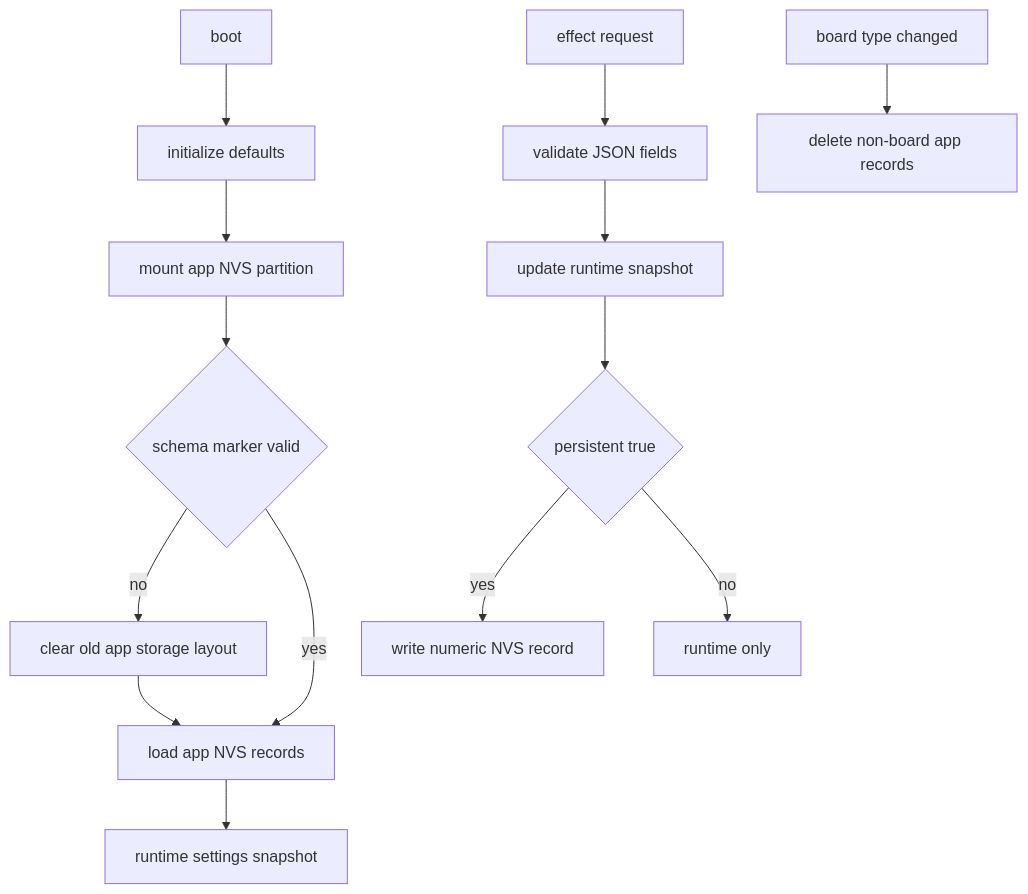
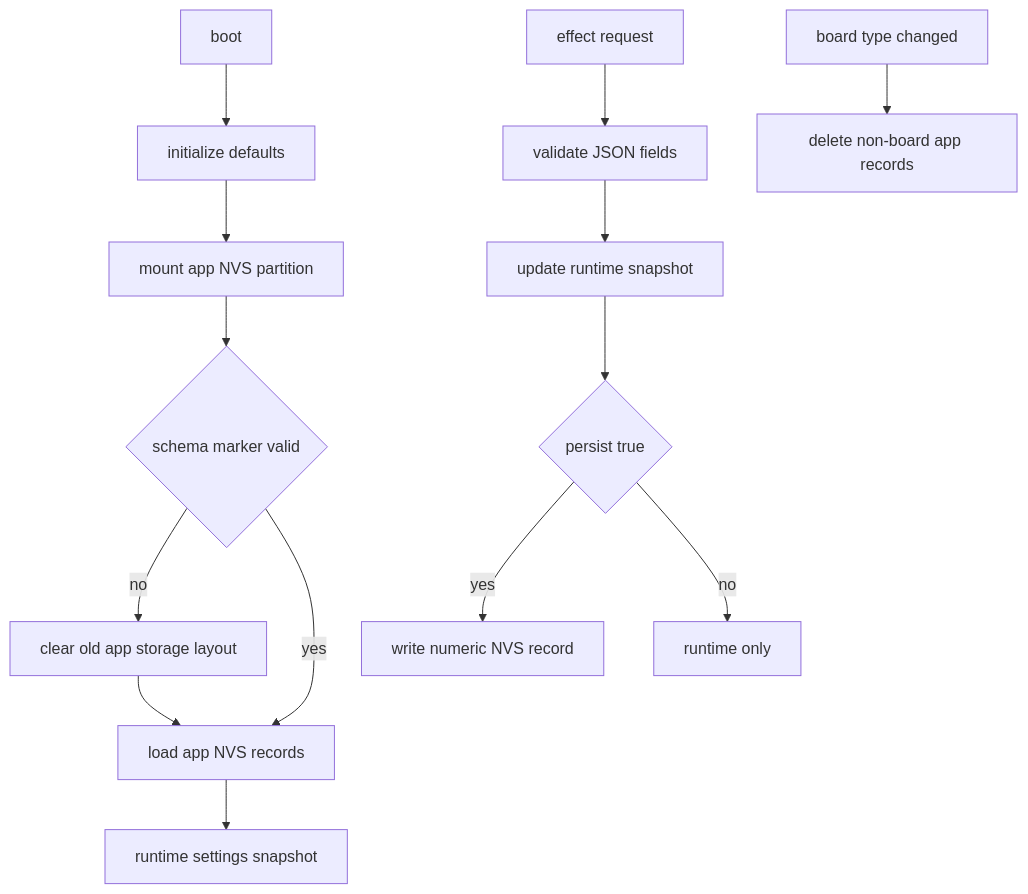
Before and after one commit to COO-Utilities/hispec-tib: diagram 14 of 22 in doc/diagrams.md, drawn with Mermaid. The commit also changed 6 other files, not shown here.

Commit message:
Refactor persistence key: replace `persistent` with `persist` across codebase and documentation.

````diff
--- a/doc/diagrams.md
+++ b/doc/diagrams.md
@@ -304,16 +304,16 @@
 ```mermaid
 flowchart TD
   Boot[boot] --> Defaults[initialize defaults]
   Defaults --> Mount[mount app NVS partition]
   Mount --> Schema{schema marker valid}
   Schema -- no --> Clear[clear old app storage layout]
   Schema -- yes --> Load[load app NVS records]
   Clear --> Load
   Load --> Runtime[runtime settings snapshot]
   Command[effect request] --> Parse[validate JSON fields]
   Parse --> Update[update runtime snapshot]
-  Update --> Persist{persistent true}
+  Update --> Persist{persist true}
   Persist -- yes --> Save[write numeric NVS record]
   Persist -- no --> Volatile[runtime only]
   BoardChange[board type changed] --> BoardClear[delete non-board app records]
 ```
````
